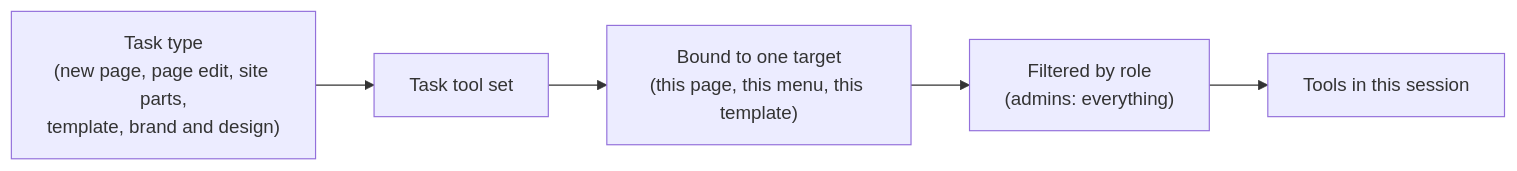
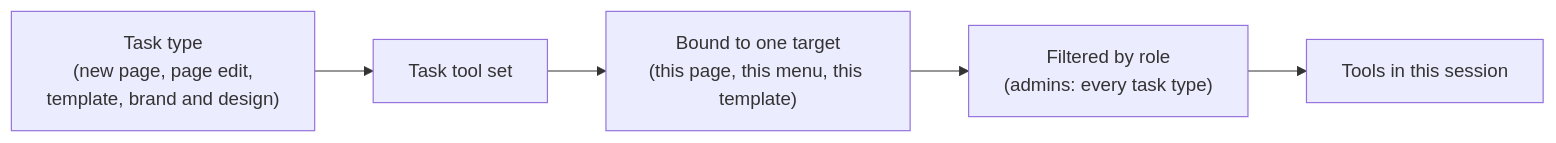
The first of 2 diagrams in docs/12-ai-harness.md (unkn0wn1/sitebuilder), drawn with Mermaid before and after one commit. The commit also changed other lines of this file and 13 other files, not shown here.

````diff
--- a/docs/12-ai-harness.md
+++ b/docs/12-ai-harness.md
@@ -66,7 +64,7 @@
 ```mermaid
 flowchart LR
-  T["Task type<br/>(new page, page edit, site parts,<br/>template, brand and design)"] --> TS["Task tool set"]
+  T["Task type<br/>(new page, page edit,<br/>template, brand and design)"] --> TS["Task tool set"]
   TS --> B["Bound to one target<br/>(this page, this menu, this template)"]
-  B --> R["Filtered by role<br/>(admins: everything)"]
+  B --> R["Filtered by role<br/>(admins: every task type)"]
   R --> E["Tools in this session"]
 ```
````
